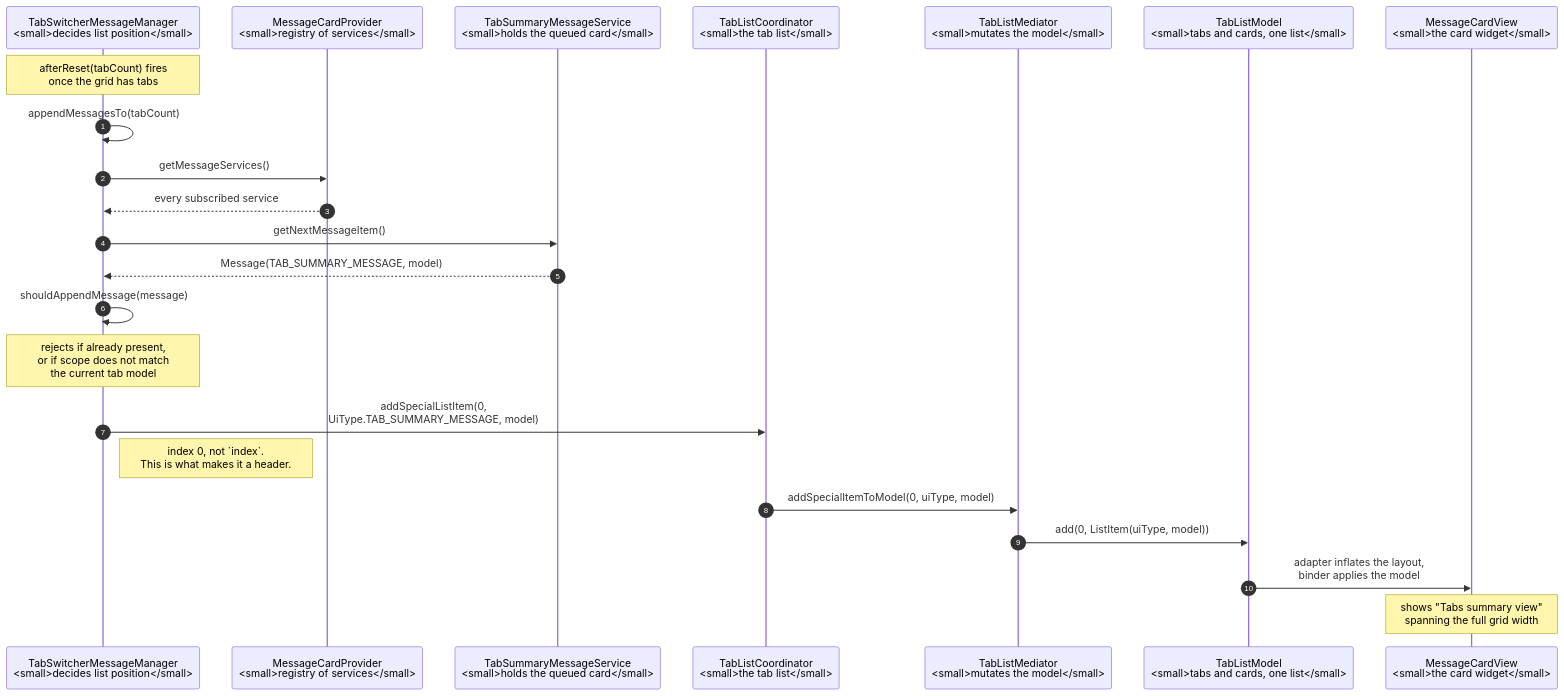
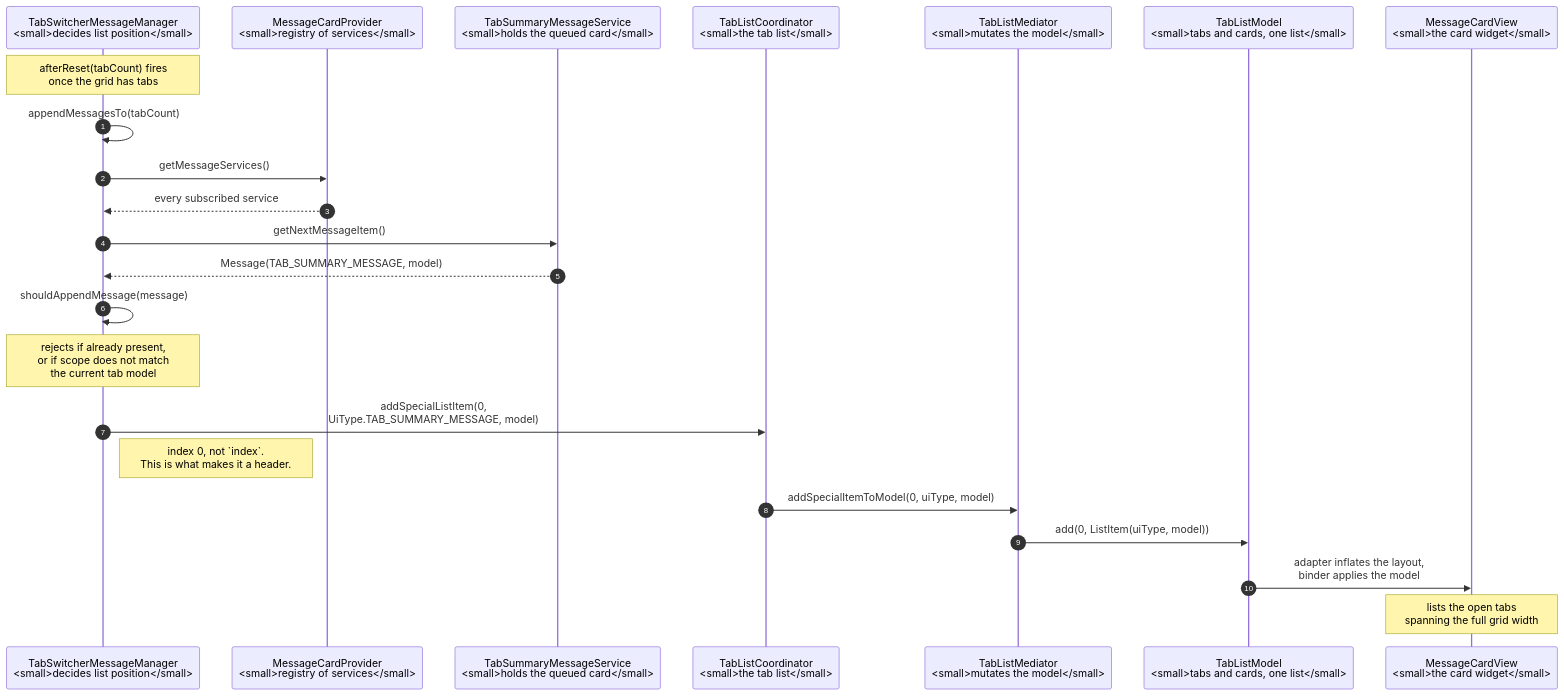
One commit to obeletski/chromium changed the third of 5 diagrams in docs/floating_window/tab-summary-android-ui-alternatives.md. Above: the diagram before and after it, drawn with Mermaid. The commit also changed other lines of this file and 2 other files, not shown here.

First line of the commit message:
[Android][ROUND2] List the open tabs in the card, one line each

````diff
--- a/docs/floating_window/tab-summary-android-ui-alternatives.md
+++ b/docs/floating_window/tab-summary-android-ui-alternatives.md
@@ -513,26 +511,26 @@
 ```mermaid
 sequenceDiagram
     autonumber
     participant TSMM as TabSwitcherMessageManager<br/><small>decides list position</small>
     participant MCP as MessageCardProvider<br/><small>registry of services</small>
     participant SVC as TabSummaryMessageService<br/><small>holds the queued card</small>
     participant TLC as TabListCoordinator<br/><small>the tab list</small>
     participant TLM as TabListMediator<br/><small>mutates the model</small>
     participant MODEL as TabListModel<br/><small>tabs and cards, one list</small>
     participant VIEW as MessageCardView<br/><small>the card widget</small>
 
     Note over TSMM: afterReset(tabCount) fires<br/>once the grid has tabs
     TSMM->>TSMM: appendMessagesTo(tabCount)
     TSMM->>MCP: getMessageServices()
     MCP-->>TSMM: every subscribed service
     TSMM->>SVC: getNextMessageItem()
     SVC-->>TSMM: Message(TAB_SUMMARY_MESSAGE, model)
     TSMM->>TSMM: shouldAppendMessage(message)
     Note over TSMM: rejects if already present,<br/>or if scope does not match<br/>the current tab model
     TSMM->>TLC: addSpecialListItem(0,<br/>UiType.TAB_SUMMARY_MESSAGE, model)
     Note right of TSMM: index 0, not `index`.<br/>This is what makes it a header.
     TLC->>TLM: addSpecialItemToModel(0, uiType, model)
     TLM->>MODEL: add(0, ListItem(uiType, model))
     MODEL->>VIEW: adapter inflates the layout,<br/>binder applies the model
-    Note over VIEW: shows "Tabs summary view"<br/>spanning the full grid width
+    Note over VIEW: lists the open tabs<br/>spanning the full grid width
 ```
````
